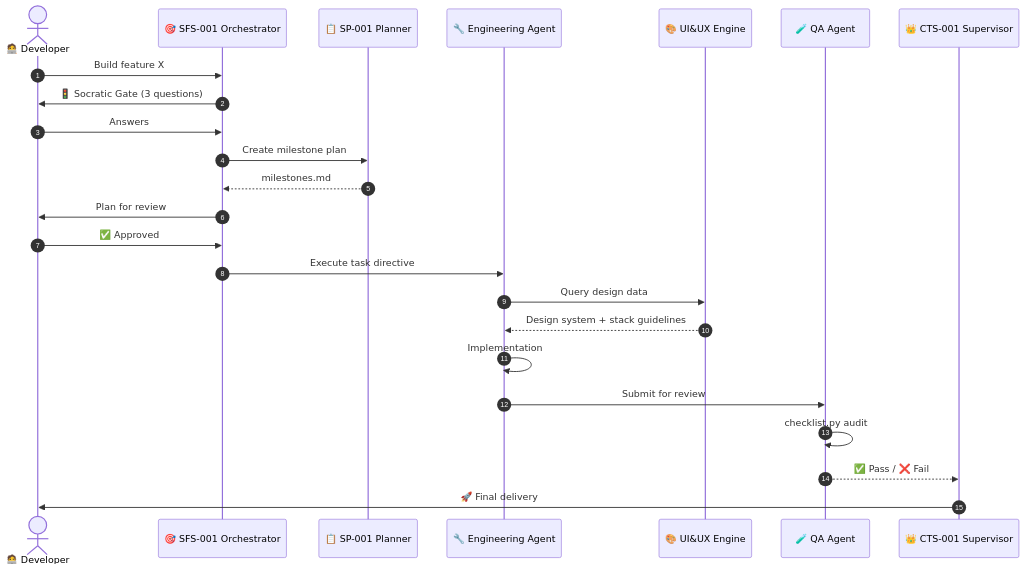
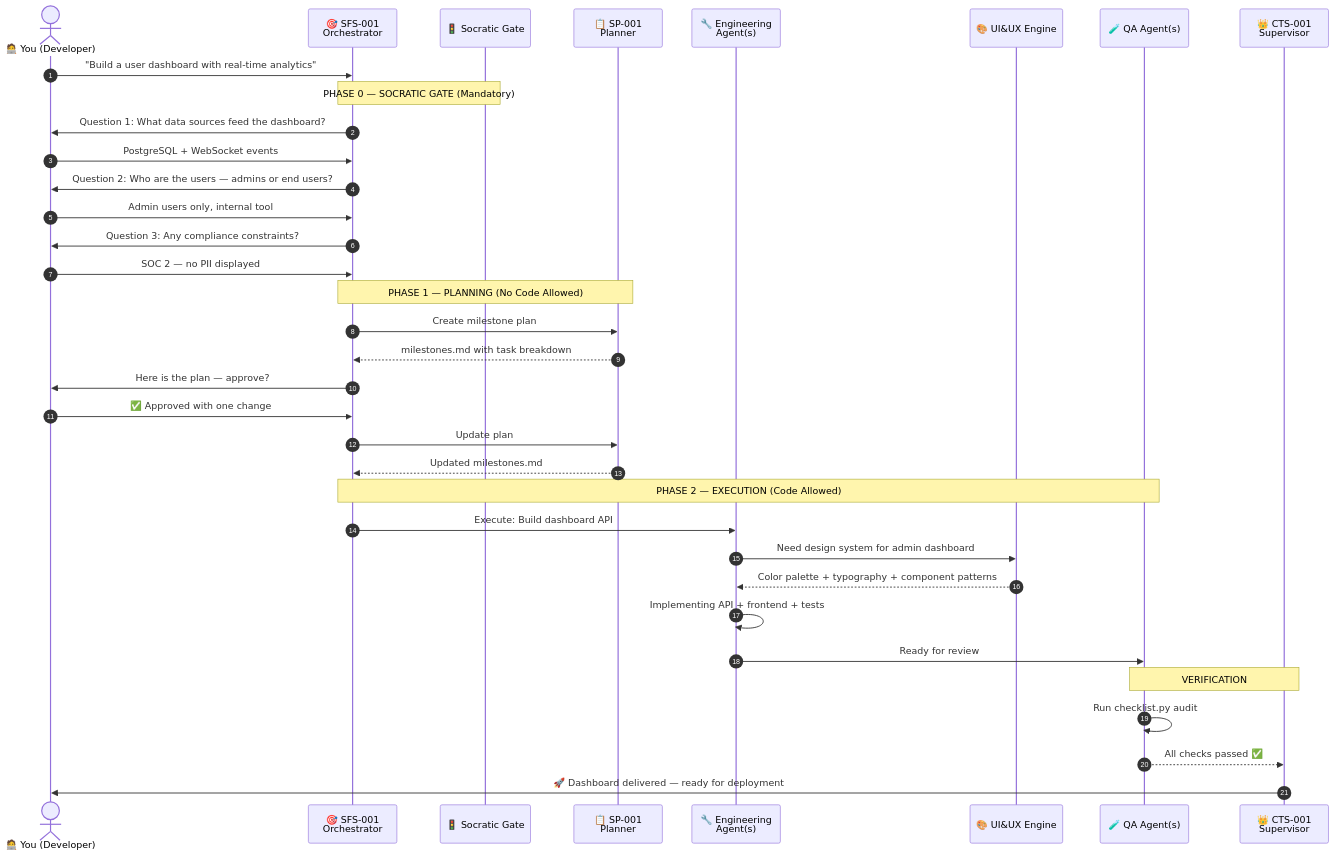
One commit to Ab-aswini/Agent-kit-P1 changed the fifth of 7 diagrams in README.md. Above: the diagram before and after it, drawn with Mermaid. The commit also changed other lines of this file and 52 other files, not shown here.

````diff
--- a/README.md
+++ b/README.md
@@ -343,27 +468,44 @@
 ```mermaid
+%%{init: {'theme': 'default'}}%%
+
 sequenceDiagram
   autonumber
-  actor User as 🧑‍💻 Developer
-  participant SFS as 🎯 SFS-001 Orchestrator
-  participant SP as 📋 SP-001 Planner
-  participant ENG as 🔧 Engineering Agent
+  actor Dev as 🧑‍💻 You (Developer)
+  participant SFS as 🎯 SFS-001<br/>Orchestrator
+  participant GATE as 🚦 Socratic Gate
+  participant SP as 📋 SP-001<br/>Planner
+  participant ENG as 🔧 Engineering<br/>Agent(s)
   participant UX as 🎨 UI&UX Engine
-  participant QA as 🧪 QA Agent
-  participant CTS as 👑 CTS-001 Supervisor
+  participant QA as 🧪 QA Agent(s)
+  participant CTS as 👑 CTS-001<br/>Supervisor
 
-  User->>SFS: Build feature X
-  SFS->>User: 🚦 Socratic Gate (3 questions)
-  User->>SFS: Answers
+  Dev->>SFS: "Build a user dashboard with real-time analytics"
+
+  Note over SFS,GATE: PHASE 0 — SOCRATIC GATE (Mandatory)
+  SFS->>Dev: Question 1: What data sources feed the dashboard?
+  Dev->>SFS: PostgreSQL + WebSocket events
+  SFS->>Dev: Question 2: Who are the users — admins or end users?
+  Dev->>SFS: Admin users only, internal tool
+  SFS->>Dev: Question 3: Any compliance constraints?
+  Dev->>SFS: SOC 2 — no PII displayed
+
+  Note over SFS,SP: PHASE 1 — PLANNING (No Code Allowed)
   SFS->>SP: Create milestone plan
-  SP-->>SFS: milestones.md
-  SFS->>User: Plan for review
-  User->>SFS: ✅ Approved
-  SFS->>ENG: Execute task directive
-  ENG->>UX: Query design data
-  UX-->>ENG: Design system + stack guidelines
-  ENG->>ENG: Implementation
-  ENG->>QA: Submit for review
-  QA->>QA: checklist.py audit
-  QA-->>CTS: ✅ Pass / ❌ Fail
-  CTS->>User: 🚀 Final delivery
+  SP-->>SFS: milestones.md with task breakdown
+  SFS->>Dev: Here is the plan — approve?
+  Dev->>SFS: ✅ Approved with one change
+  SFS->>SP: Update plan
+  SP-->>SFS: Updated milestones.md
+
+  Note over SFS,QA: PHASE 2 — EXECUTION (Code Allowed)
+  SFS->>ENG: Execute: Build dashboard API
+  ENG->>UX: Need design system for admin dashboard
+  UX-->>ENG: Color palette + typography + component patterns
+  ENG->>ENG: Implementing API + frontend + tests
+  ENG->>QA: Ready for review
+
+  Note over QA,CTS: VERIFICATION
+  QA->>QA: Run checklist.py audit
+  QA-->>CTS: All checks passed ✅
+  CTS->>Dev: 🚀 Dashboard delivered — ready for deployment
 ```
````
